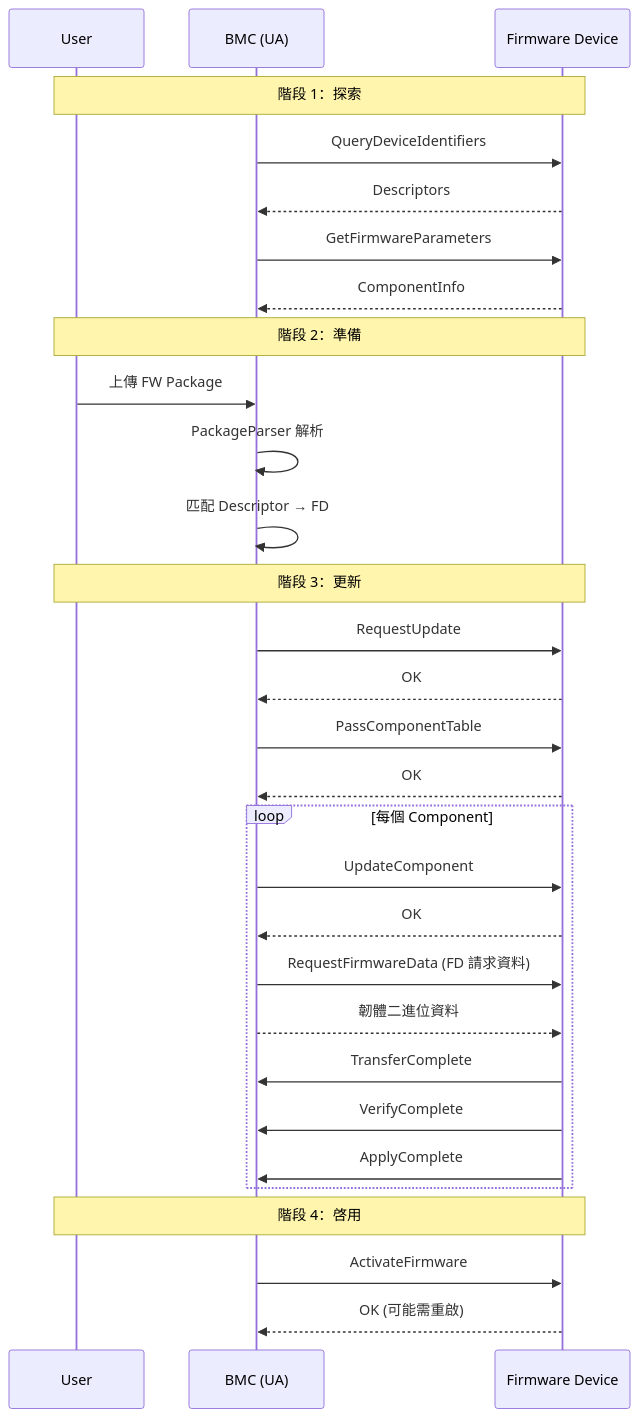
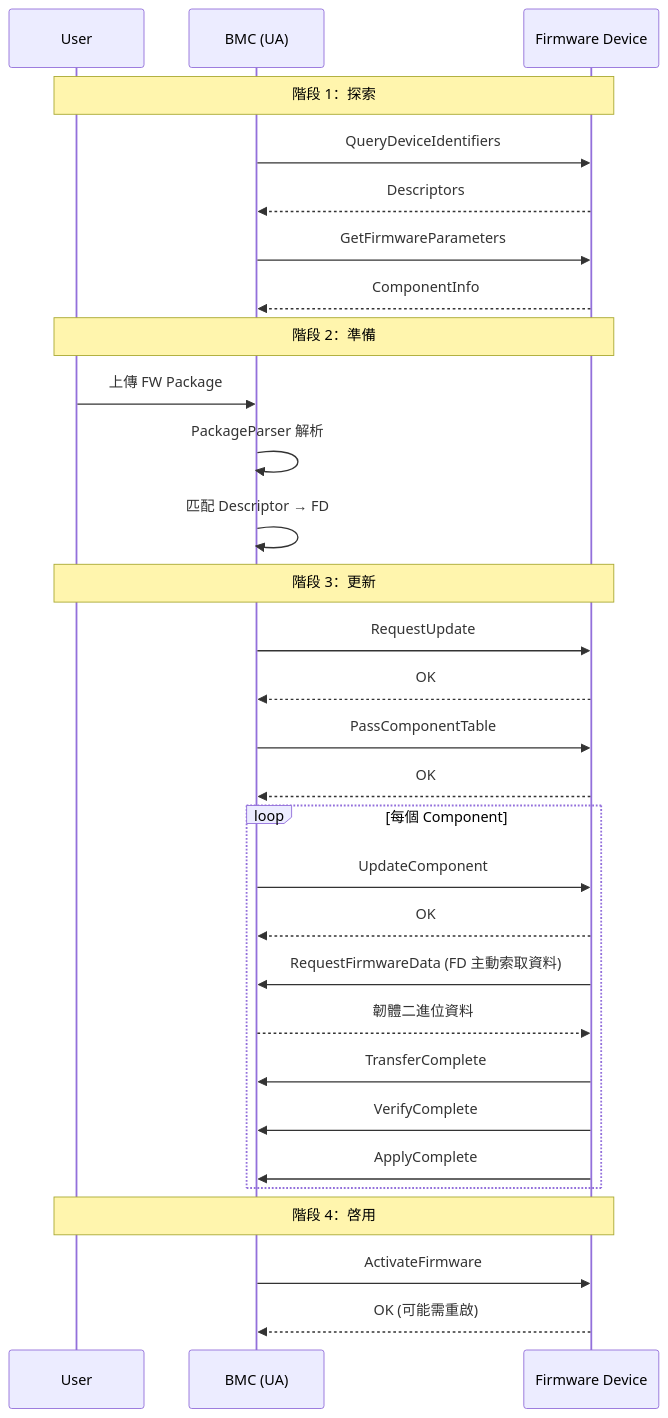
Before and after one commit to chilung-cgu/bmc-firmware-knowledge-base: the fourth of 4 diagrams in pldm/FirmwareUpdate.md, drawn with Mermaid. The commit also changed 6 other files, not shown here.

````diff
--- a/pldm/FirmwareUpdate.md
+++ b/pldm/FirmwareUpdate.md
@@ -213,37 +213,37 @@
 ```mermaid
 sequenceDiagram
     participant User
     participant BMC as BMC (UA)
     participant FD as Firmware Device
 
     Note over User,FD: 階段 1：探索
     BMC->>FD: QueryDeviceIdentifiers
     FD-->>BMC: Descriptors
     BMC->>FD: GetFirmwareParameters
     FD-->>BMC: ComponentInfo
 
     Note over User,FD: 階段 2：準備
     User->>BMC: 上傳 FW Package
     BMC->>BMC: PackageParser 解析
     BMC->>BMC: 匹配 Descriptor → FD
 
     Note over User,FD: 階段 3：更新
     BMC->>FD: RequestUpdate
     FD-->>BMC: OK
     BMC->>FD: PassComponentTable
     FD-->>BMC: OK
 
     loop 每個 Component
         BMC->>FD: UpdateComponent
         FD-->>BMC: OK
-        BMC->>FD: RequestFirmwareData (FD 請求資料)
+        FD->>BMC: RequestFirmwareData (FD 主動索取資料)
         BMC-->>FD: 韌體二進位資料
         FD->>BMC: TransferComplete
         FD->>BMC: VerifyComplete
         FD->>BMC: ApplyComplete
     end
 
     Note over User,FD: 階段 4：啓用
     BMC->>FD: ActivateFirmware
     FD-->>BMC: OK (可能需重啟)
 ```
````
